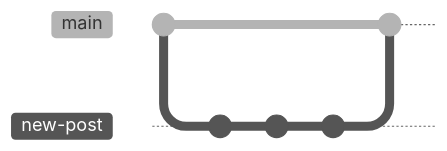
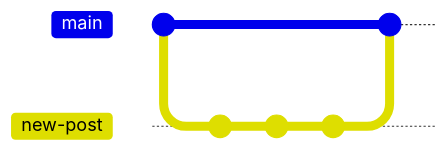
One commit to markopolo123/marksharpley.co.uk changed the first of 2 diagrams in content/posts/woodpecker.md. Above: the diagram before and after it, drawn with Mermaid. The commit also changed other lines of this file, not shown here. Commit ids are hidden.

Commit message:
fix(woodpecker): update mermaid

````diff
--- a/content/posts/woodpecker.md
+++ b/content/posts/woodpecker.md
@@ -30,12 +30,11 @@
-```mermaid
-%%{init: { 'logLevel': 'debug', 'theme': 'neutral', 'useMaxWidth':true }}%%
-      gitGraph
-        commit
-        branch new-post
-        checkout new-post
-        commit id:"adding content"
-        commit id:"adding more content"
-        commit id:"fixing typo"
-        checkout main
-        merge new-post type: NORMAL
-```
+{{< mermaid >}}
+gitGraph
+  commit
+  branch new-post
+  checkout new-post
+  commit id:"adding content"
+  commit id:"adding more content"
+  commit id:"fixing typo"
+  checkout main
+  merge new-post type: NORMAL
+{{< /mermaid >}}
````
